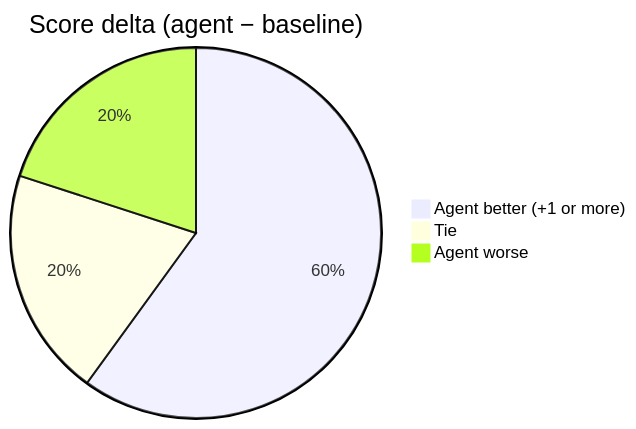
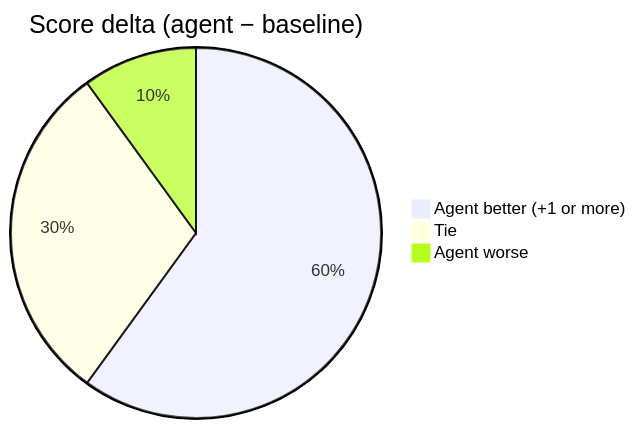
Before and after one commit to Ahmad-Waseem/memeoize: the third of 3 diagrams in report.md, drawn with Mermaid. The commit also changed other lines of this file and 2 other files, not shown here.

````diff
--- a/report.md
+++ b/report.md
@@ -72,6 +70,6 @@
 ```mermaid
 pie title Score delta (agent − baseline)
     "Agent better (+1 or more)" : 6
-    "Tie" : 2
-    "Agent worse" : 2
+    "Tie" : 3
+    "Agent worse" : 1
 ```
````
